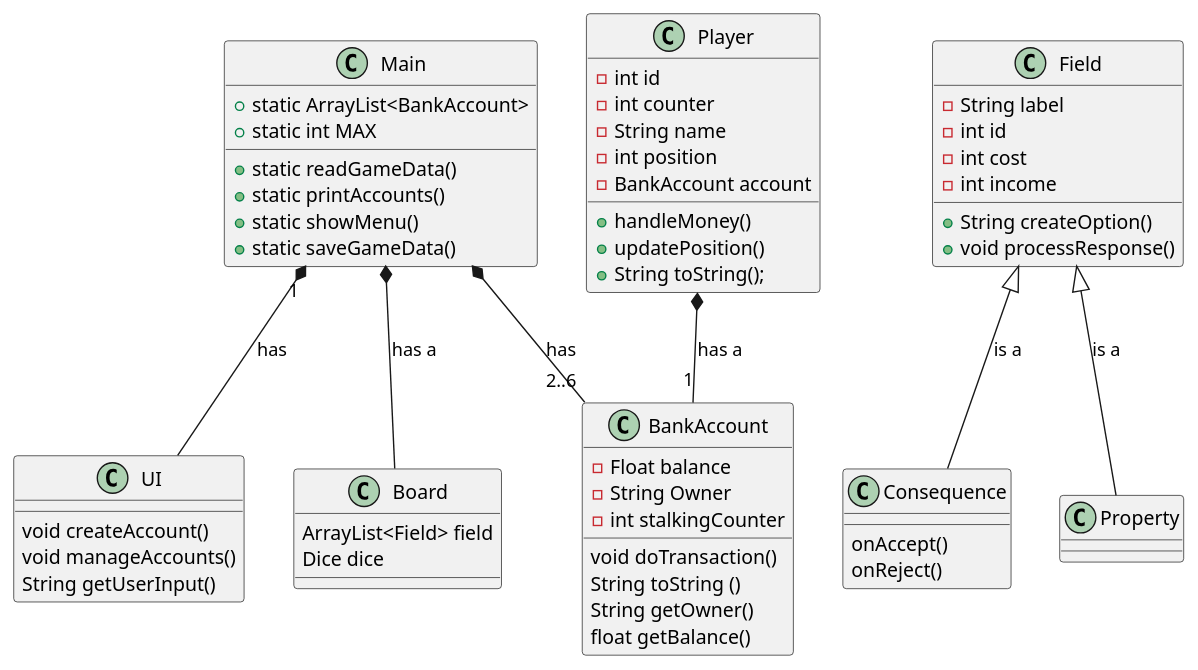
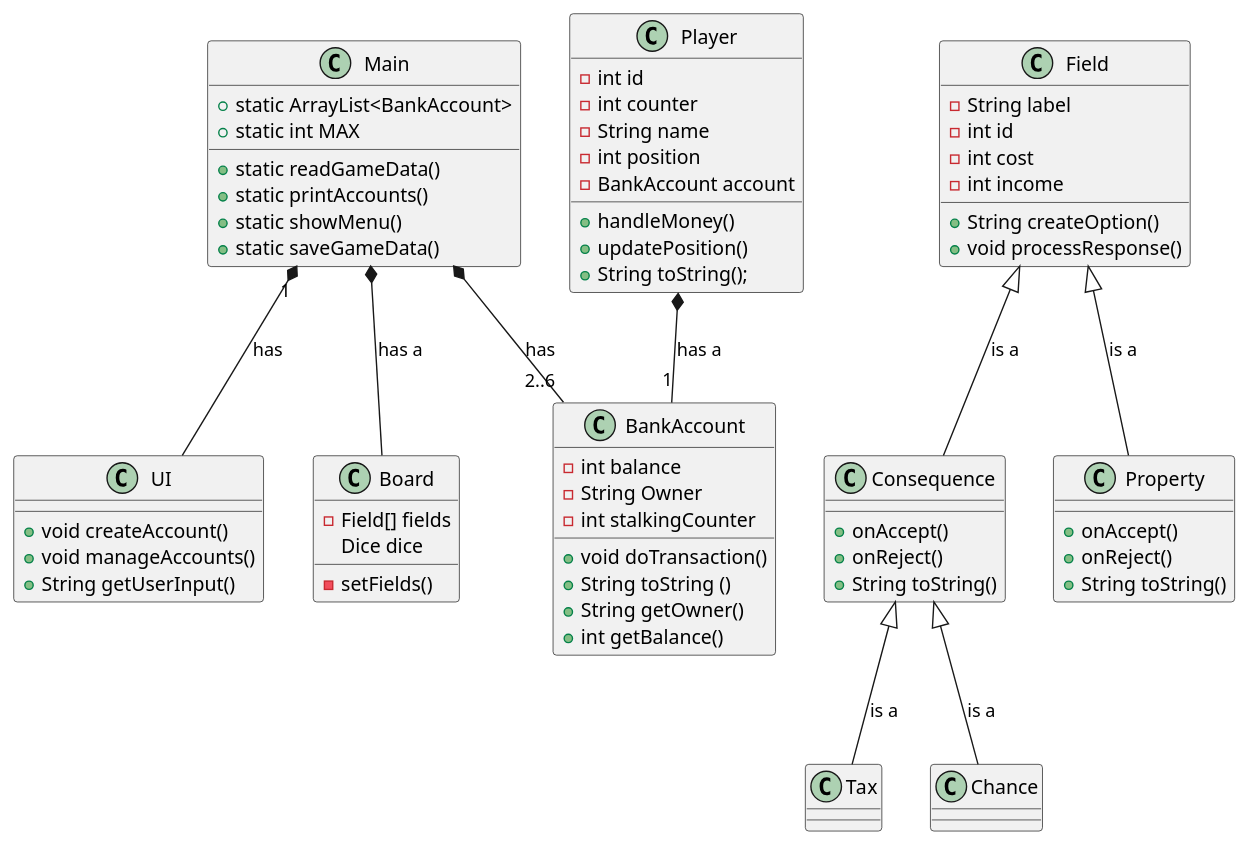
One commit to coerth/Opgaver changed the diagram in Arbejdsmappe/IntelliJ/bank/src/Overview.puml. Above: the diagram before and after it, drawn with PlantUML. The commit also changed 2 other files, not shown here.

```diff
--- a/Arbejdsmappe/IntelliJ/bank/src/Overview.puml
+++ b/Arbejdsmappe/IntelliJ/bank/src/Overview.puml
@@ -1,54 +1,62 @@
 @startuml
 'https://plantuml.com/sequence-diagram
 
 Main  *-- "2..6" BankAccount : has
 Main "1" *-- UI : has
 Player *-- "1" BankAccount : has a
 Field <|-- Consequence : is a
 Field <|-- Property : is a
 Main *-- Board : has a
+Consequence <|-- Tax : is a
+Consequence <|-- Chance : is a
 
 Player : - int id
 Player : - int counter
 Player : - String name
 Player : - int position
 Player : - BankAccount account
 Player : + handleMoney()
 Player : + updatePosition()
 Player : + String toString();
 
-BankAccount : - Float balance
+BankAccount : - int balance
 BankAccount : - String Owner
 BankAccount : - int stalkingCounter
-BankAccount : void doTransaction()
-BankAccount : String toString ()
-BankAccount : String getOwner()
-BankAccount : float getBalance()
+BankAccount : + void doTransaction()
+BankAccount : + String toString ()
+BankAccount : + String getOwner()
+BankAccount : + int getBalance()
 
-UI : void createAccount()
-UI : void manageAccounts()
-UI : String getUserInput()
+UI : + void createAccount()
+UI : + void manageAccounts()
+UI : + String getUserInput()
 
 Main : + static ArrayList<BankAccount>
 Main : + static int MAX
 Main : + static readGameData()
 Main : + static printAccounts()
 Main : + static showMenu()
 Main : + static saveGameData()
 
 Field : - String label
 Field : - int id
 Field : - int cost
 Field : - int income
 Field : + String createOption()
 Field : + void processResponse()
 
-Consequence : onAccept()
-Consequence : onReject()
+Consequence : + onAccept()
+Consequence : + onReject()
+Consequence : + String toString()
 
-Board : ArrayList<Field> field
+Property : + onAccept()
+Property : + onReject()
+Property : + String toString()
+
+Board : - Field[] fields
 Board : Dice dice
+Board : - setFields()
 
 
 
 @enduml
```
